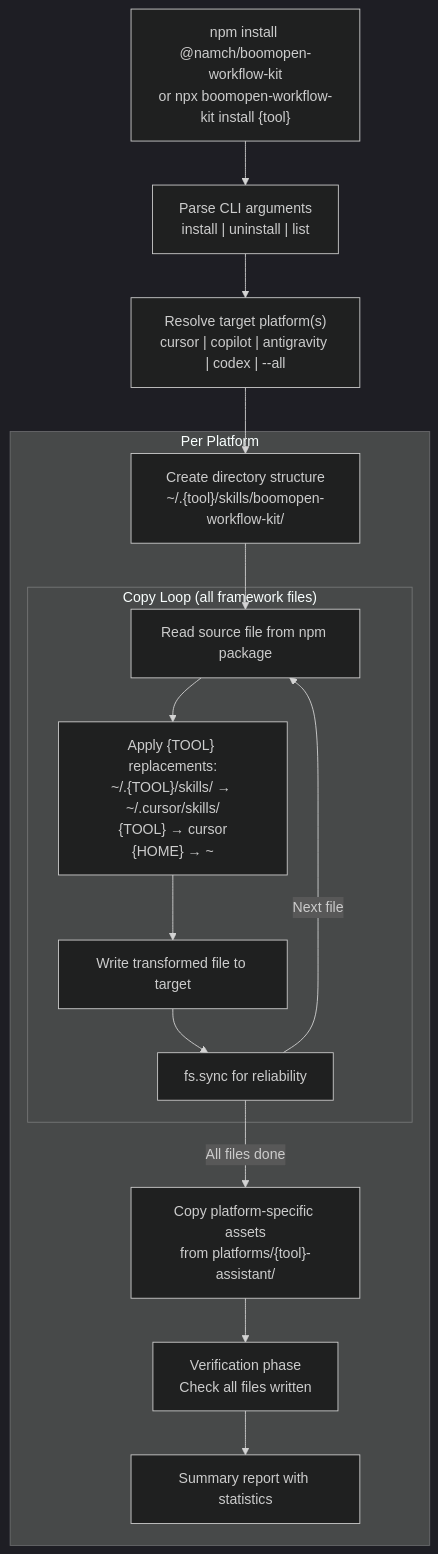
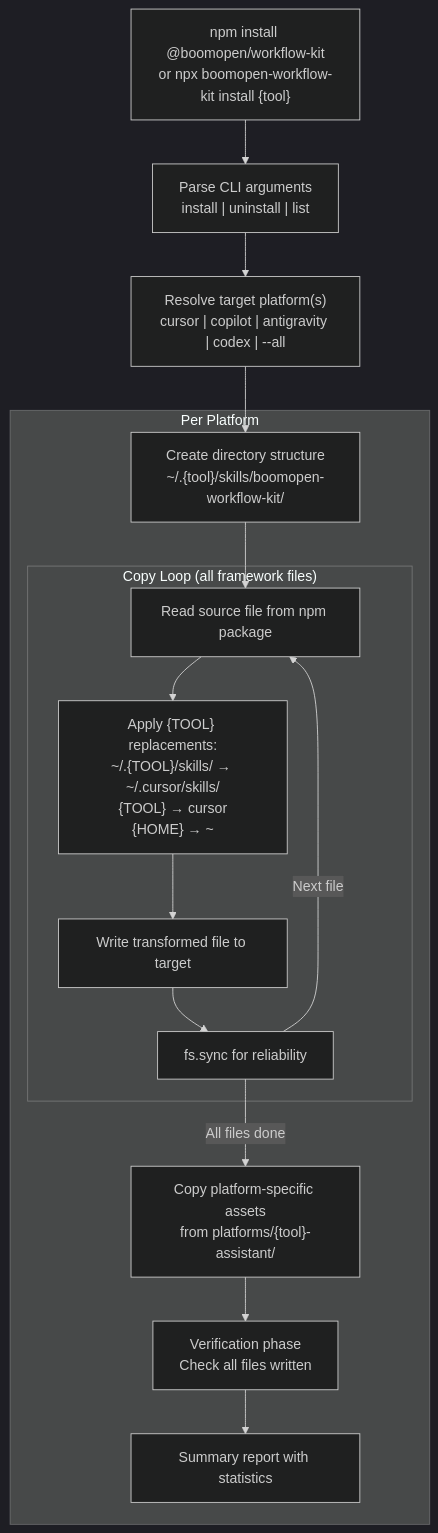
Before and after one commit to Kennyboom/BoomOpen-Workflow-Kit: the second of 6 diagrams in documents/knowledge-architecture/03-data-flow.md, drawn with Mermaid (dark theme). The commit also changed 39 other files, not shown here.

````diff
--- a/documents/knowledge-architecture/03-data-flow.md
+++ b/documents/knowledge-architecture/03-data-flow.md
@@ -91,29 +91,29 @@
 ```mermaid
 flowchart TD
-    START["npm install @namch/boomopen-workflow-kit<br/>or npx boomopen-workflow-kit install {tool}"]
+    START["npm install @boomopen/workflow-kit<br/>or npx boomopen-workflow-kit install {tool}"]
     
     PARSE["Parse CLI arguments<br/>install | uninstall | list"]
     RESOLVE["Resolve target platform(s)<br/>cursor | copilot | antigravity | codex | --all"]
     
     subgraph "Per Platform"
         DIRS["Create directory structure<br/>~/.{tool}/skills/boomopen-workflow-kit/"]
         
         subgraph "Copy Loop (all framework files)"
             READ["Read source file from npm package"]
             REPLACE["Apply {TOOL} replacements:<br/>~/.{TOOL}/skills/ → ~/.cursor/skills/<br/>{TOOL} → cursor<br/>{HOME} → ~"]
             WRITE["Write transformed file to target"]
             SYNC["fs.sync for reliability"]
         end
         
         ASSETS["Copy platform-specific assets<br/>from platforms/{tool}-assistant/"]
         VERIFY["Verification phase<br/>Check all files written"]
         REPORT["Summary report with statistics"]
     end
 
     START --> PARSE --> RESOLVE
     RESOLVE --> DIRS
     DIRS --> READ --> REPLACE --> WRITE --> SYNC
     SYNC -->|"Next file"| READ
     SYNC -->|"All files done"| ASSETS
     ASSETS --> VERIFY --> REPORT
 ```
````
